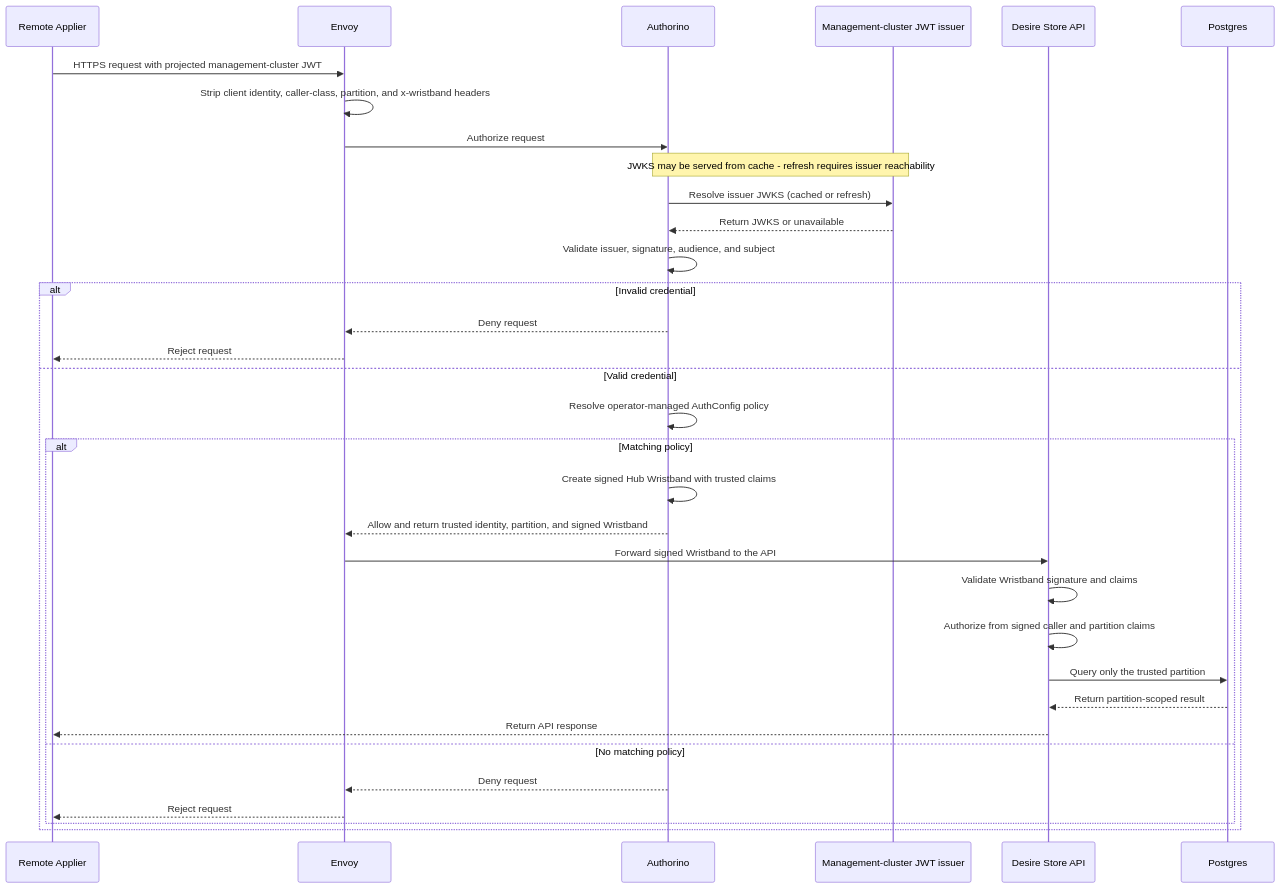
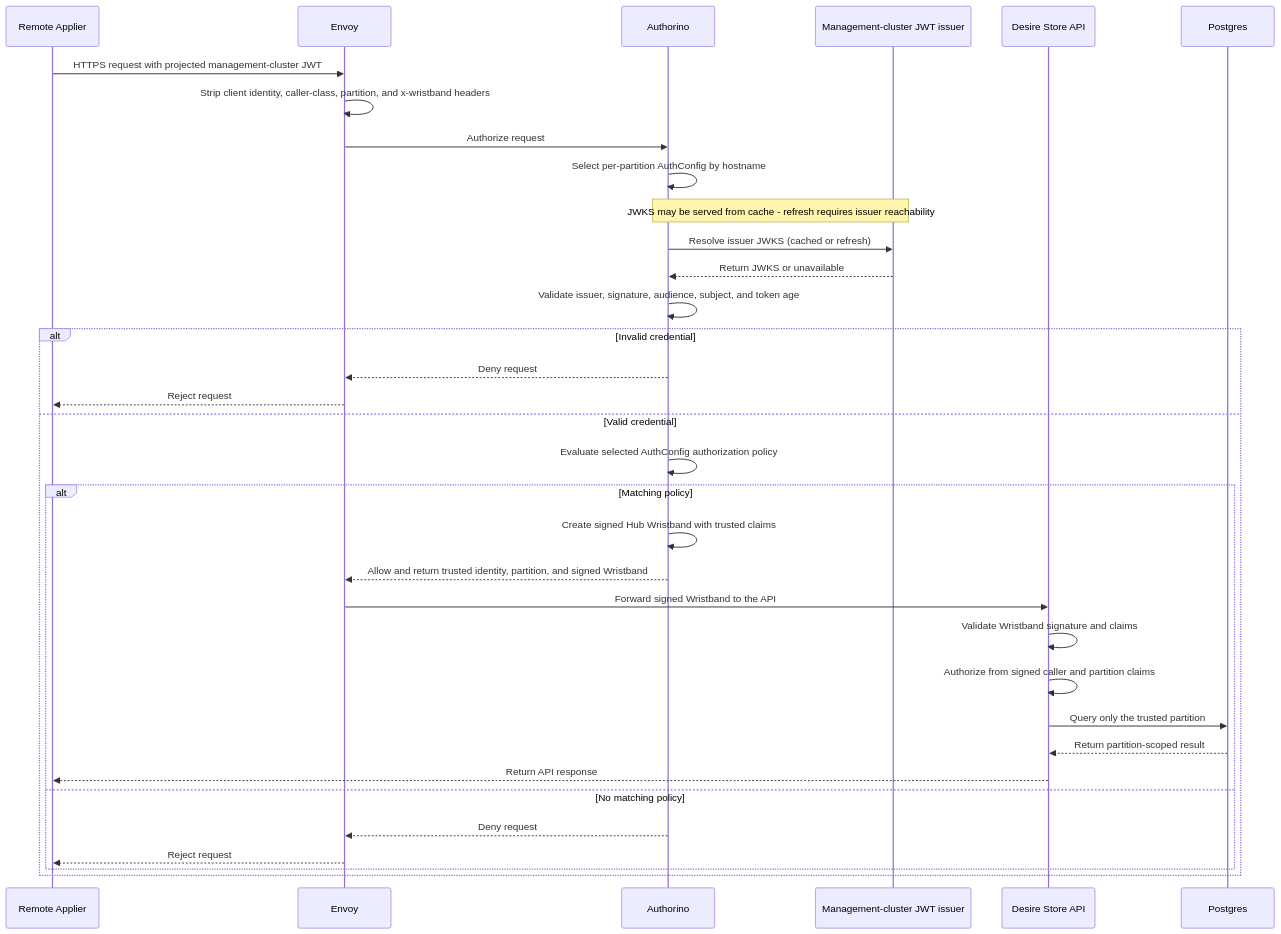
One commit to openshift-hyperfleet/architecture changed the second of 2 diagrams in hyperfleet/docs/desire-store-hld.md. Above: the diagram before and after it, drawn with Mermaid.

Commit message:
HYPERFLEET-1645 - docs: align the HLD request flow with AuthConfig selection and token-age checks

````diff
--- a/hyperfleet/docs/desire-store-hld.md
+++ b/hyperfleet/docs/desire-store-hld.md
@@ -76,36 +76,37 @@
 ```mermaid
 sequenceDiagram
     participant AP as Remote Applier
     participant ENV as Envoy
     participant AUTH as Authorino
     participant MCISS as Management-cluster JWT issuer
     participant API as Desire Store API
     participant PG as Postgres
 
     AP->>ENV: HTTPS request with projected management-cluster JWT
     ENV->>ENV: Strip client identity, caller-class, partition, and x-wristband headers
     ENV->>AUTH: Authorize request
+    AUTH->>AUTH: Select per-partition AuthConfig by hostname
     Note over AUTH, MCISS: JWKS may be served from cache - refresh requires issuer reachability
     AUTH->>MCISS: Resolve issuer JWKS (cached or refresh)
     MCISS-->>AUTH: Return JWKS or unavailable
-    AUTH->>AUTH: Validate issuer, signature, audience, and subject
+    AUTH->>AUTH: Validate issuer, signature, audience, subject, and token age
     alt Invalid credential
         AUTH-->>ENV: Deny request
         ENV-->>AP: Reject request
     else Valid credential
-        AUTH->>AUTH: Resolve operator-managed AuthConfig policy
+        AUTH->>AUTH: Evaluate selected AuthConfig authorization policy
         alt Matching policy
             AUTH->>AUTH: Create signed Hub Wristband with trusted claims
             AUTH-->>ENV: Allow and return trusted identity, partition, and signed Wristband
             ENV->>API: Forward signed Wristband to the API
             API->>API: Validate Wristband signature and claims
             API->>API: Authorize from signed caller and partition claims
             API->>PG: Query only the trusted partition
             PG-->>API: Return partition-scoped result
             API-->>AP: Return API response
         else No matching policy
             AUTH-->>ENV: Deny request
             ENV-->>AP: Reject request
         end
     end
 ```
````
